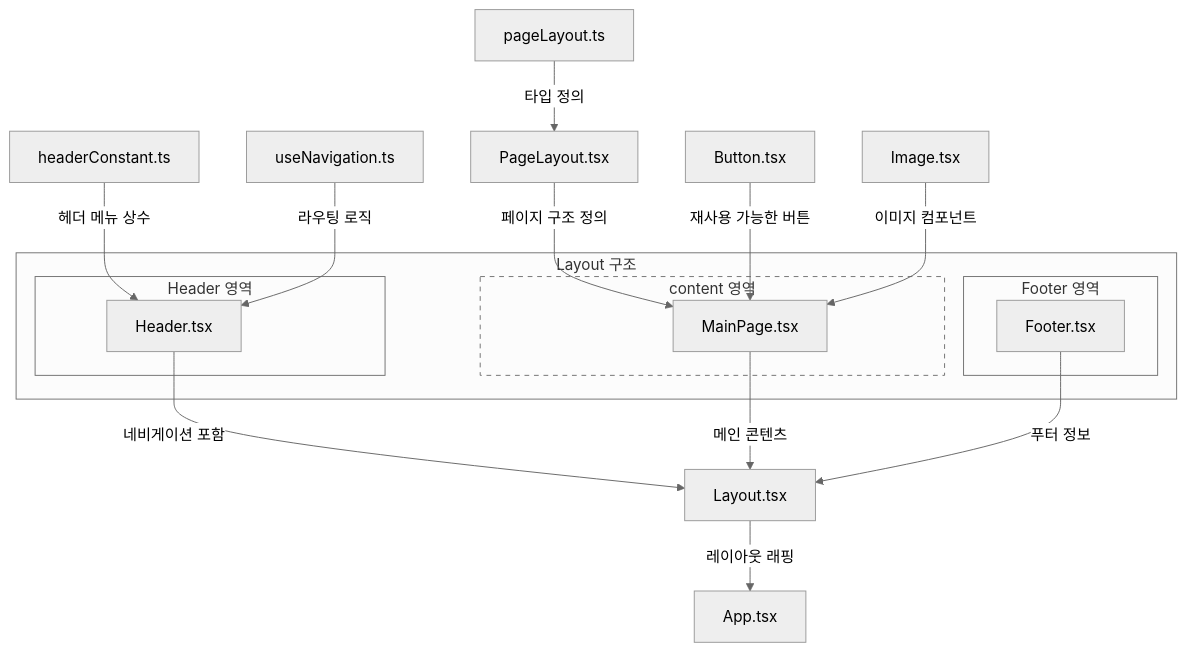
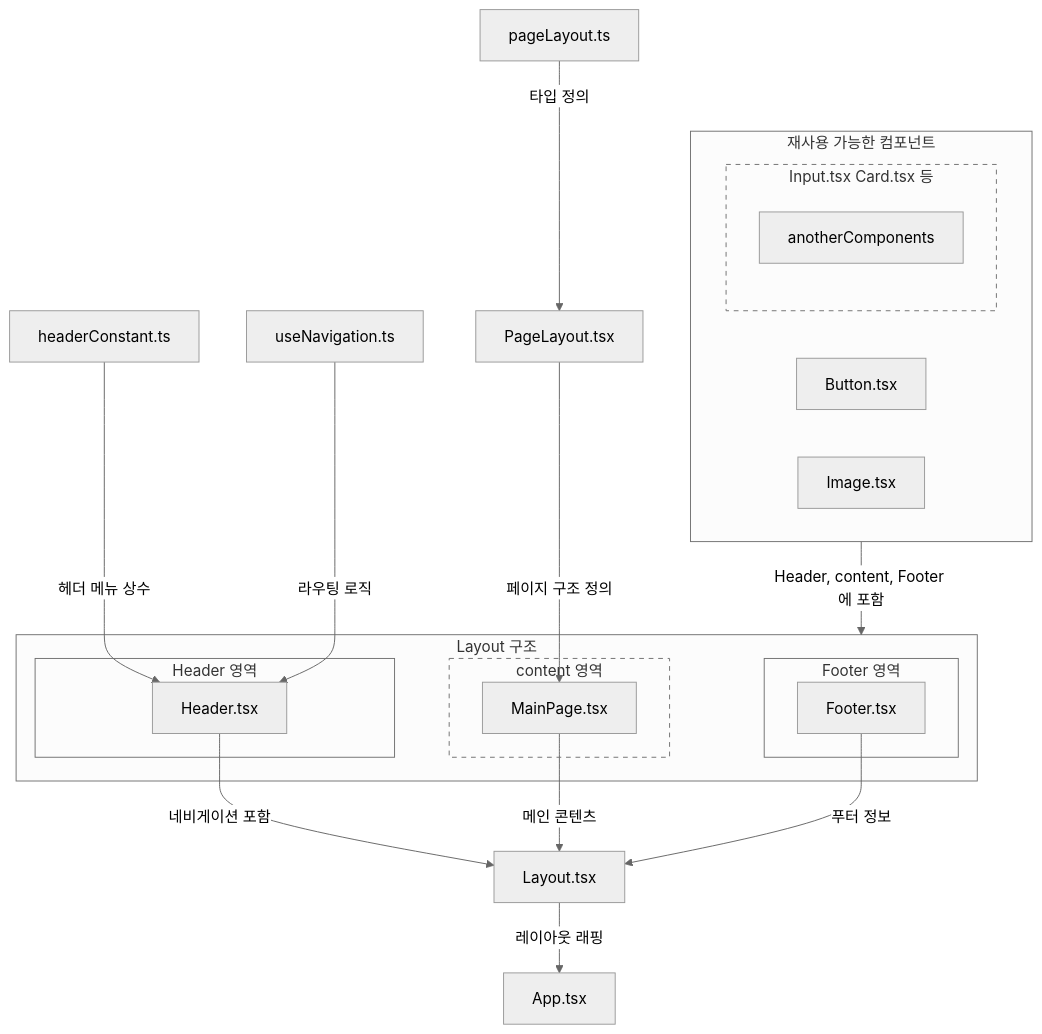
One commit to farmercodel/pium._.official changed the first of 2 diagrams in docs/frontend-structure.md. Above: the diagram before and after it, drawn with Mermaid (neutral theme).

````diff
--- a/docs/frontend-structure.md
+++ b/docs/frontend-structure.md
@@ -57,32 +57,40 @@
 ```mermaid
 graph TD
   Header.tsx -->|네비게이션 포함| Layout.tsx
   MainPage.tsx -->|메인 콘텐츠| Layout.tsx
   Footer.tsx -->|푸터 정보| Layout.tsx
 
   Layout.tsx -->|레이아웃 래핑| App.tsx
 
   PageLayout.tsx -->|페이지 구조 정의| MainPage.tsx
   pageLayout.ts -->|타입 정의| PageLayout.tsx
   
-  Button.tsx -->|재사용 가능한 버튼| MainPage.tsx
-  Image.tsx -->|이미지 컴포넌트| MainPage.tsx
-  
+  components -->|Header, content, Footer 에 포함| Layout_section
+
   headerConstant.ts -->|헤더 메뉴 상수| Header.tsx
   useNavigation.ts -->|라우팅 로직| Header.tsx
+
+  subgraph components ["재사용 가능한 컴포넌트"]
+    Button.tsx
+    Image.tsx
+    subgraph anotherComponents_section ["Input.tsx Card.tsx 등"]
+      style anotherComponents_section stroke-dasharray: 5 5
+      anotherComponents
+    end
+  end
 
   subgraph Layout_section ["Layout 구조"]
     subgraph Header_section ["Header 영역"]
       Header.tsx
     end
 
     subgraph content_section ["content 영역"]
       style content_section stroke-dasharray: 5 5
       MainPage.tsx
     end
 
     subgraph Footer_section ["Footer 영역"]
       Footer.tsx
     end
   end
 ```
````
